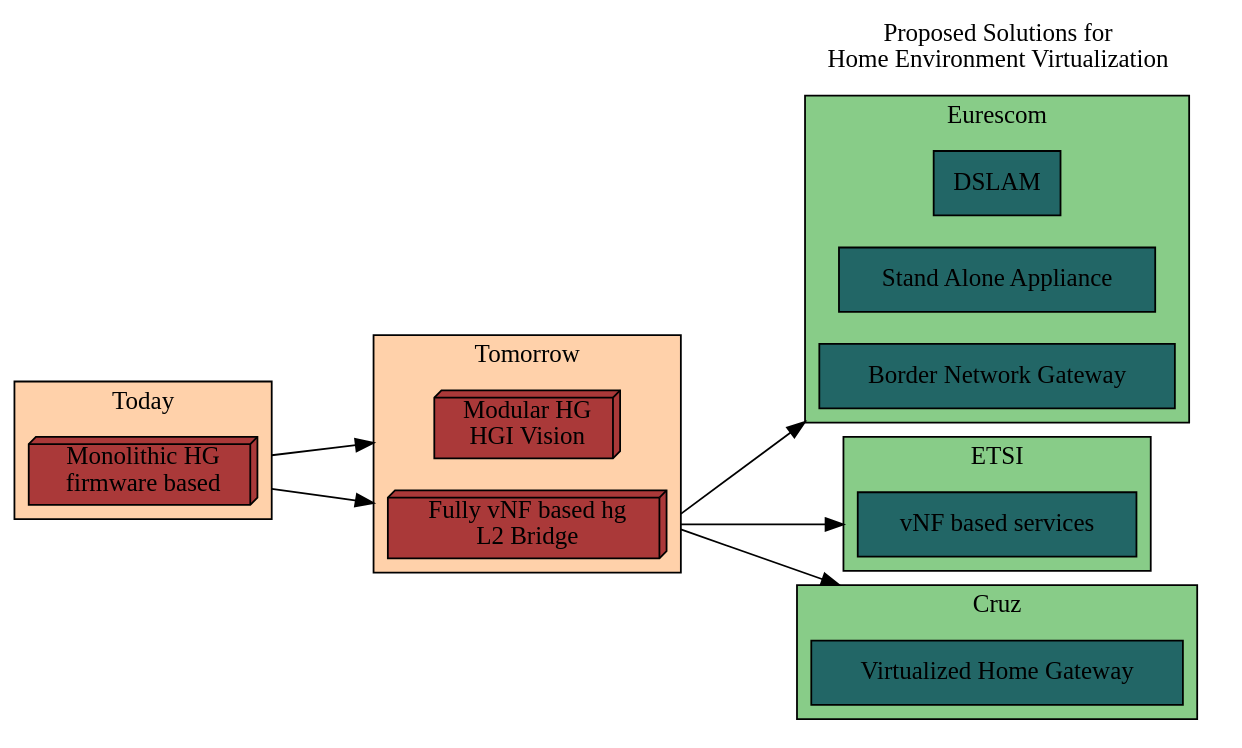
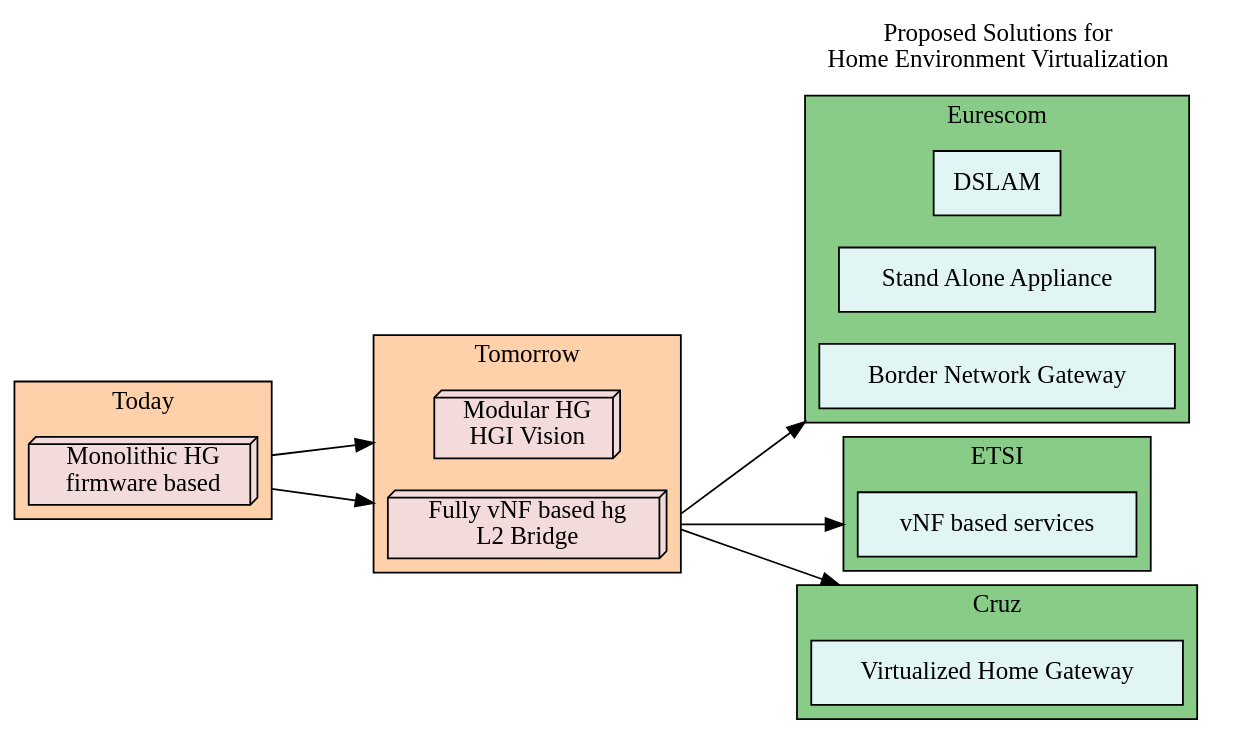
One commit to nherbaut/home-gateway-migration-paper changed the diagram in fig/vhgtrends.dot. Above: the diagram before and after it, drawn with Graphviz. The commit also changed 6 other files, not shown here.

```diff
--- a/fig/vhgtrends.dot
+++ b/fig/vhgtrends.dot
@@ -1,71 +1,71 @@
 digraph graphname {
 compound=true;
 #margin=0;
 #overlap=false;
 splines=false;
 pack=true;
 start="random";
 sep=0.1;
 bgcolor=transparent;	
 rankdir=LR;
 subgraph cluster0{
 	fillcolor="#FFD1AA";
 	style="filled";
 	label="Today";
-mono [label="Monolithic HG\nfirmware based",shape = "box3d", fillcolor="#AA3939", style="filled"];
+mono [label="Monolithic HG\nfirmware based",shape = "box3d", fillcolor="#f3dbdb", style="filled"];
 
 }
 
 subgraph cluster1{
 	fillcolor="#FFD1AA";
 	style="filled";
 	label="Tomorrow";
-modular[label="Modular HG\nHGI Vision",shape = "box3d", fillcolor="#AA3939", style="filled"];
-full[label="Fully vNF based hg\nL2 Bridge",shape = "box3d", fillcolor="#AA3939", style="filled"];
+modular[label="Modular HG\nHGI Vision",shape = "box3d", fillcolor="#f3dbdb", style="filled"];
+full[label="Fully vNF based hg\nL2 Bridge",shape = "box3d", fillcolor="#f3dbdb", style="filled"];
 }
 
 subgraph cluster2{
 	
 		color="white";
 		label="Proposed Solutions for \nHome Environment Virtualization";
 	
 	subgraph cluster2_1{
 		fillcolor="#88CC88";
 		style="filled";
 		color="black";
 		label="Eurescom";
-		dslam [shape = "box", fillcolor="#226666", style="filled",label="DSLAM"];
-		standa [shape = "box", fillcolor="#226666", style="filled",label="Stand Alone Appliance"];
-		bng [shape = "box", fillcolor="#226666", style="filled",label="Border Network Gateway"];
+		dslam [shape = "box", fillcolor="#e1f5f5", style="filled",label="DSLAM"];
+		standa [shape = "box", fillcolor="#e1f5f5", style="filled",label="Stand Alone Appliance"];
+		bng [shape = "box", fillcolor="#e1f5f5", style="filled",label="Border Network Gateway"];
 	}
 	
 	subgraph cluster2_2{
 		fillcolor="#88CC88";
 		style="filled";
 		color="black";
 		label="ETSI";
-		vnf [shape = "box", fillcolor="#226666", style="filled",label="vNF based services"];
+		vnf [shape = "box", fillcolor="#e1f5f5", style="filled",label="vNF based services"];
 	}
 	
 	subgraph cluster2_3{
 		fillcolor="#88CC88";
 		style="filled";
 		color="black";
 		label="Cruz";
-		vhg [shape = "box", fillcolor="#226666", style="filled",label="Virtualized Home Gateway"];
+		vhg [shape = "box", fillcolor="#e1f5f5", style="filled",label="Virtualized Home Gateway"];
 	}
 }
 
 
 
 
 
 	mono -> modular [ltail="cluster0",lhead="cluster1", minlen=2];
 mono -> full [ltail="cluster0",lhead="cluster1",minlen=2];
 full:e -> vnf [lhead="cluster2_2",ltail="cluster1",minlen=2];
 full:e -> vhg:n [lhead="cluster2_3",ltail="cluster1",minlen=2];
 
 full:e -> standa [lhead="cluster2_1",ltail="cluster1",minlen=2];
   
   
 }
```
